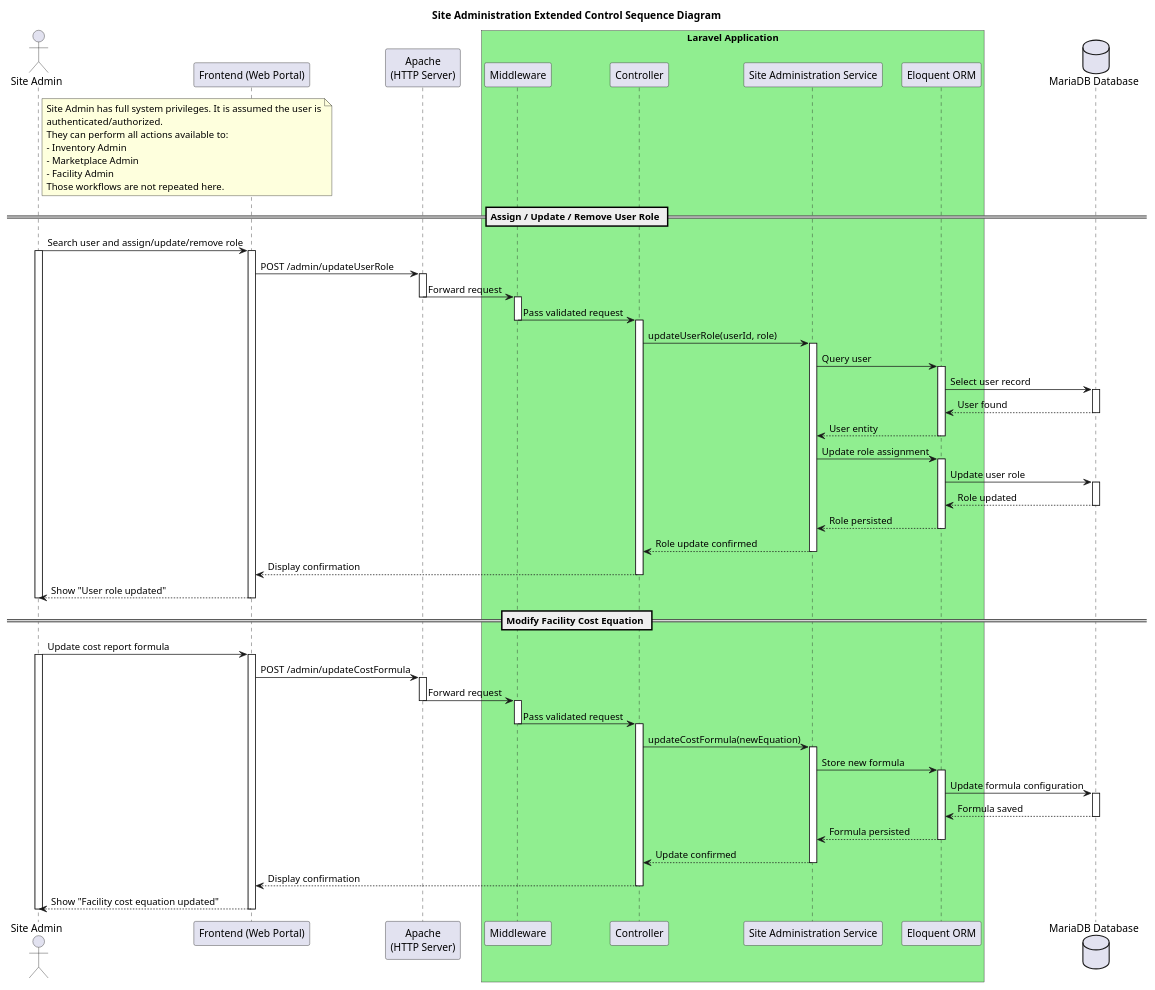
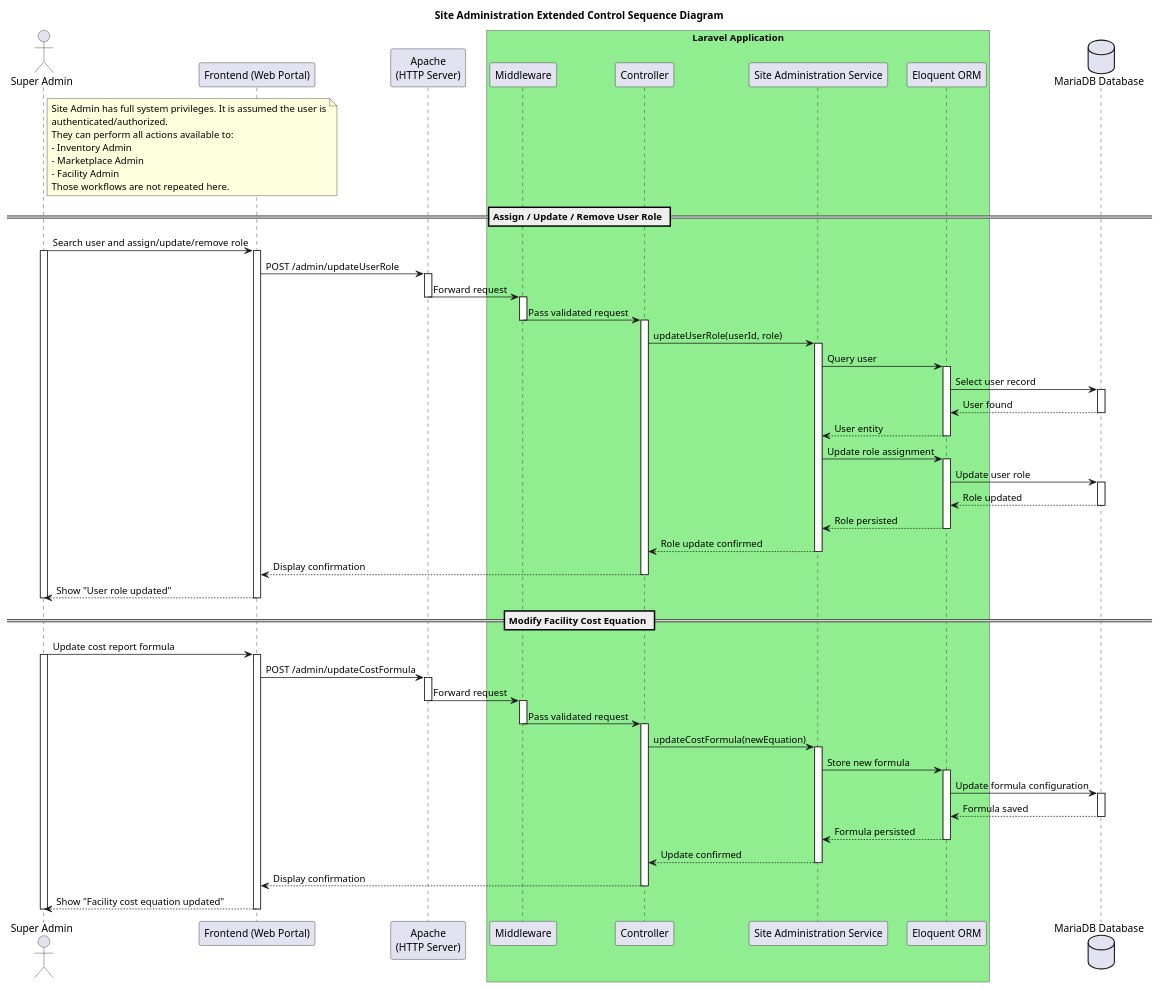
The diagram in sequenceDiagrams/Site_Admin_Sequence.puml (JanPerez35/PlantUML), drawn with PlantUML before and after one commit.

Commit message:
changed site admin to super admin

```diff
--- a/sequenceDiagrams/Site_Admin_Sequence.puml
+++ b/sequenceDiagrams/Site_Admin_Sequence.puml
@@ -1,112 +1,112 @@
 @startuml
 
 title Site Administration Extended Control Sequence Diagram
 
-actor "Site Admin" as Admin
+actor "Super Admin" as Admin
 
 participant "Frontend (Web Portal)" as FE
 participant "Apache\n(HTTP Server)" as Apache
 
 box "Laravel Application" #LightGreen
   participant "Middleware" as MW
   participant "Controller" as C
   participant "Site Administration Service" as Service
   participant "Eloquent ORM" as ORM
 end box
 
 database "MariaDB Database" as DB
 
 note right of Admin
 Site Admin has full system privileges. It is assumed the user is
 authenticated/authorized.
 They can perform all actions available to:
 - Inventory Admin
 - Marketplace Admin
 - Facility Admin
 Those workflows are not repeated here.
 end note
 
 
 == Assign / Update / Remove User Role ==
 Admin -> FE: Search user and assign/update/remove role
 activate Admin
 activate FE
 
 FE -> Apache: POST /admin/updateUserRole
 activate Apache
 Apache -> MW: Forward request
 deactivate Apache
 
 activate MW
 MW -> C: Pass validated request
 deactivate MW
 
 activate C
 C -> Service: updateUserRole(userId, role)
 activate Service
 
 Service -> ORM: Query user
 activate ORM
 ORM -> DB: Select user record
 activate DB
 DB --> ORM: User found
 deactivate DB
 ORM --> Service: User entity
 deactivate ORM
 
 Service -> ORM: Update role assignment
 activate ORM
 ORM -> DB: Update user role
 activate DB
 DB --> ORM: Role updated
 deactivate DB
 ORM --> Service: Role persisted
 deactivate ORM
 
 Service --> C: Role update confirmed
 deactivate Service
 C --> FE: Display confirmation
 deactivate C
 
 FE --> Admin: Show "User role updated"
 deactivate FE
 deactivate Admin
 
 
 == Modify Facility Cost Equation ==
 Admin -> FE: Update cost report formula
 activate Admin
 activate FE
 
 FE -> Apache: POST /admin/updateCostFormula
 activate Apache
 Apache -> MW: Forward request
 deactivate Apache
 
 activate MW
 MW -> C: Pass validated request
 deactivate MW
 
 activate C
 C -> Service: updateCostFormula(newEquation)
 activate Service
 
 Service -> ORM: Store new formula
 activate ORM
 ORM -> DB: Update formula configuration
 activate DB
 DB --> ORM: Formula saved
 deactivate DB
 ORM --> Service: Formula persisted
 deactivate ORM
 
 Service --> C: Update confirmed
 deactivate Service
 C --> FE: Display confirmation
 deactivate C
 
 FE --> Admin: Show "Facility cost equation updated"
 deactivate FE
 deactivate Admin
 
 @enduml
```
